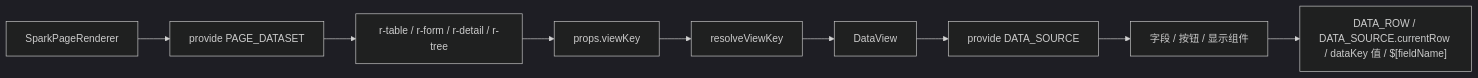
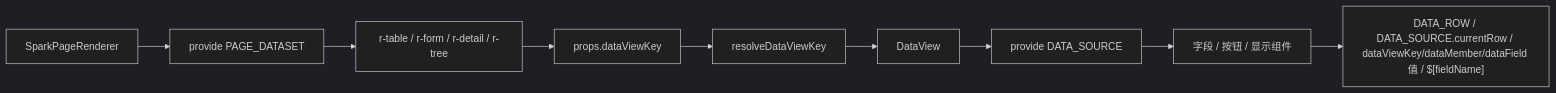
The second of 5 diagrams in docs/ai/DATASET_PAGE_DESIGN_AI_FLOW_100_STEPS_ZH.md (LMSpark/spark-view-vue), drawn with Mermaid (dark theme) before and after one commit. The commit also changed other lines of this file and 180 other files, not shown here.

First line of the commit message:
refactor(spark-data): rename DataKey → DataViewKey / DataViewMember across entire resolution layer

````diff
--- a/docs/ai/DATASET_PAGE_DESIGN_AI_FLOW_100_STEPS_ZH.md
+++ b/docs/ai/DATASET_PAGE_DESIGN_AI_FLOW_100_STEPS_ZH.md
@@ -252,11 +252,11 @@
 ```mermaid
 flowchart LR
   Page["SparkPageRenderer"] --> ProvideDS["provide PAGE_DATASET"]
   ProvideDS --> Container["r-table / r-form / r-detail / r-tree"]
-  Container --> ViewKey["props.viewKey"]
-  ViewKey --> Resolver["resolveViewKey"]
+  Container --> DataViewKey["props.dataViewKey"]
+  DataViewKey --> Resolver["resolveDataViewKey"]
   Resolver --> View["DataView"]
   View --> ProvideView["provide DATA_SOURCE"]
   ProvideView --> Child["字段 / 按钮 / 显示组件"]
-  Child --> Row["DATA_ROW / DATA_SOURCE.currentRow / dataKey 值 / $[fieldName]"]
+  Child --> Row["DATA_ROW / DATA_SOURCE.currentRow / dataViewKey/dataMember/dataField 值 / $[fieldName]"]
 ```
````
